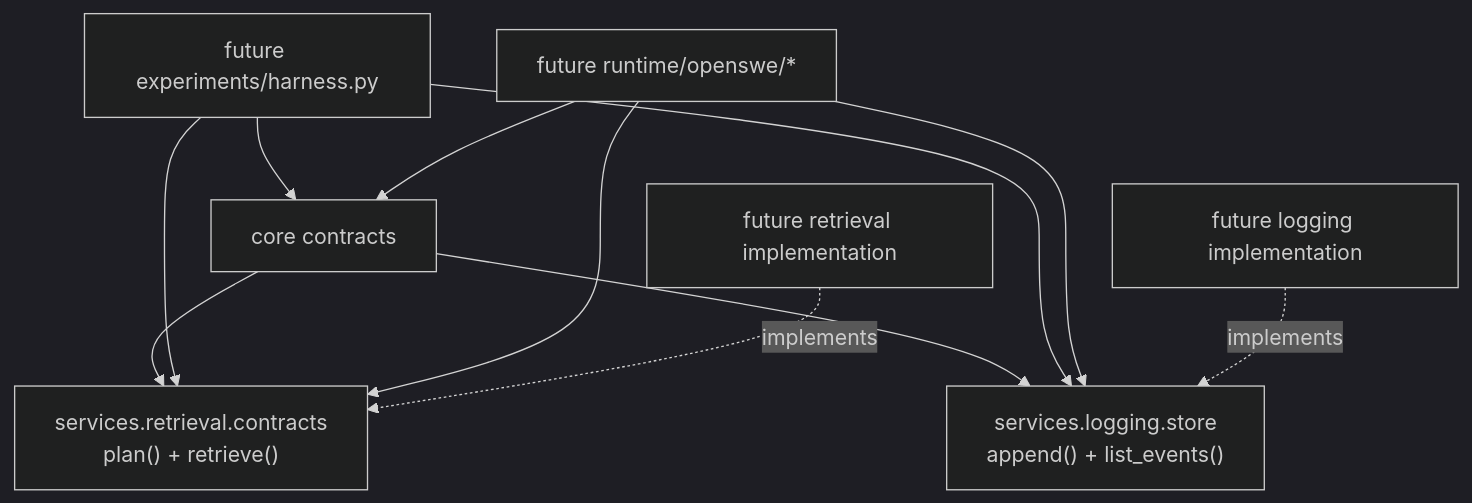
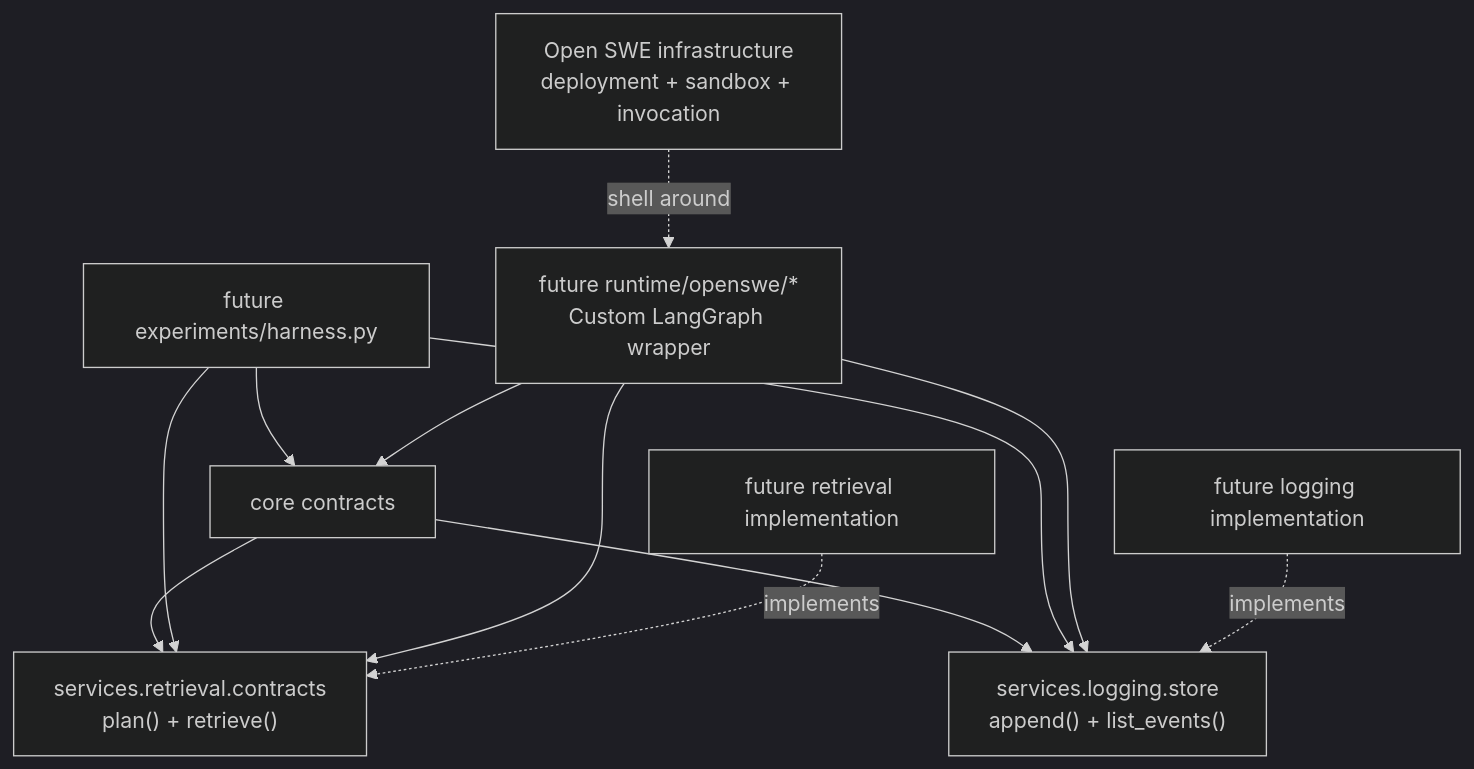
The third of 4 diagrams in PROJECT_VISUALIZATION.md (mamqek/guidedInteligence), drawn with Mermaid (dark theme) before and after one commit. The commit also changed other lines of this file and 70 other files, not shown here.

````diff
--- a/PROJECT_VISUALIZATION.md
+++ b/PROJECT_VISUALIZATION.md
@@ -72,25 +72,27 @@
 ```mermaid
 flowchart TD
     coreContracts["core contracts"]
     retrievalContracts["services.retrieval.contracts<br/>plan() + retrieve()"]
     loggingContracts["services.logging.store<br/>append() + list_events()"]
 
     futureHarness["future experiments/harness.py"]
-    futureRuntime["future runtime/openswe/*"]
+    futureRuntime["future runtime/openswe/*<br/>Custom LangGraph wrapper"]
+    openSweInfra["Open SWE infrastructure<br/>deployment + sandbox + invocation"]
     futureRag["future retrieval implementation"]
     futureLogStore["future logging implementation"]
 
     coreContracts --> retrievalContracts
     coreContracts --> loggingContracts
 
     futureHarness --> coreContracts
     futureHarness --> retrievalContracts
     futureHarness --> loggingContracts
 
     futureRuntime --> coreContracts
     futureRuntime --> retrievalContracts
     futureRuntime --> loggingContracts
+    openSweInfra -. shell around .-> futureRuntime
 
     futureRag -. implements .-> retrievalContracts
     futureLogStore -. implements .-> loggingContracts
 ```
````
